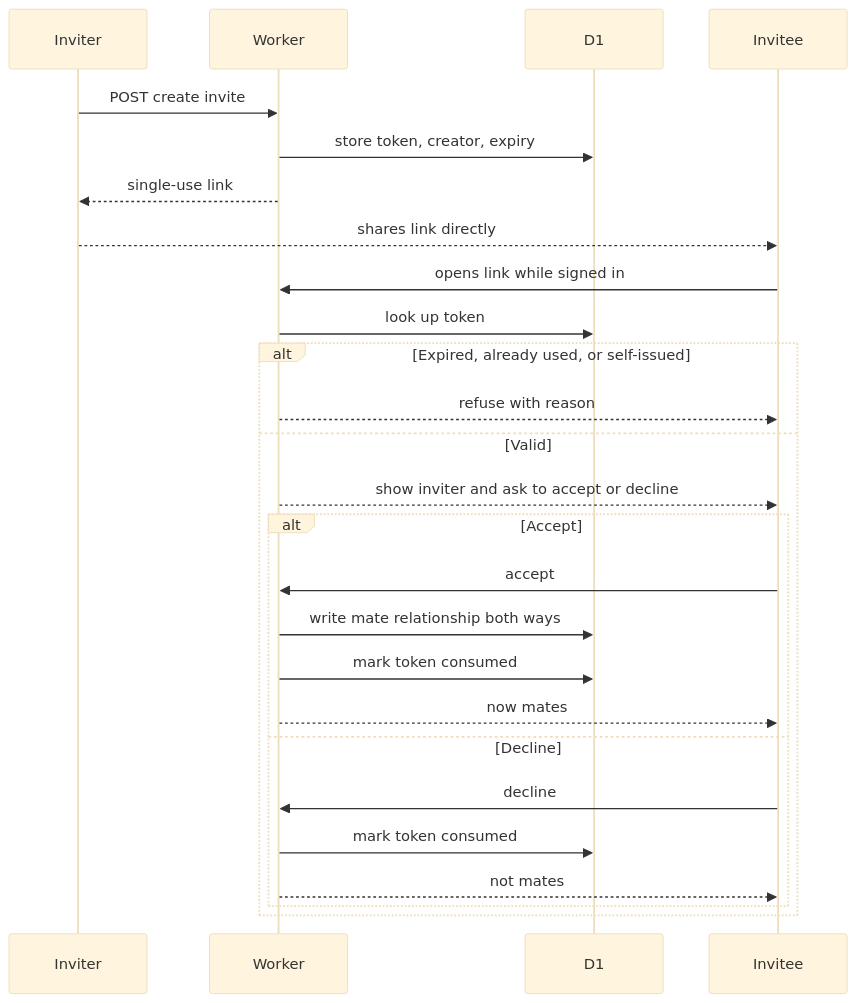
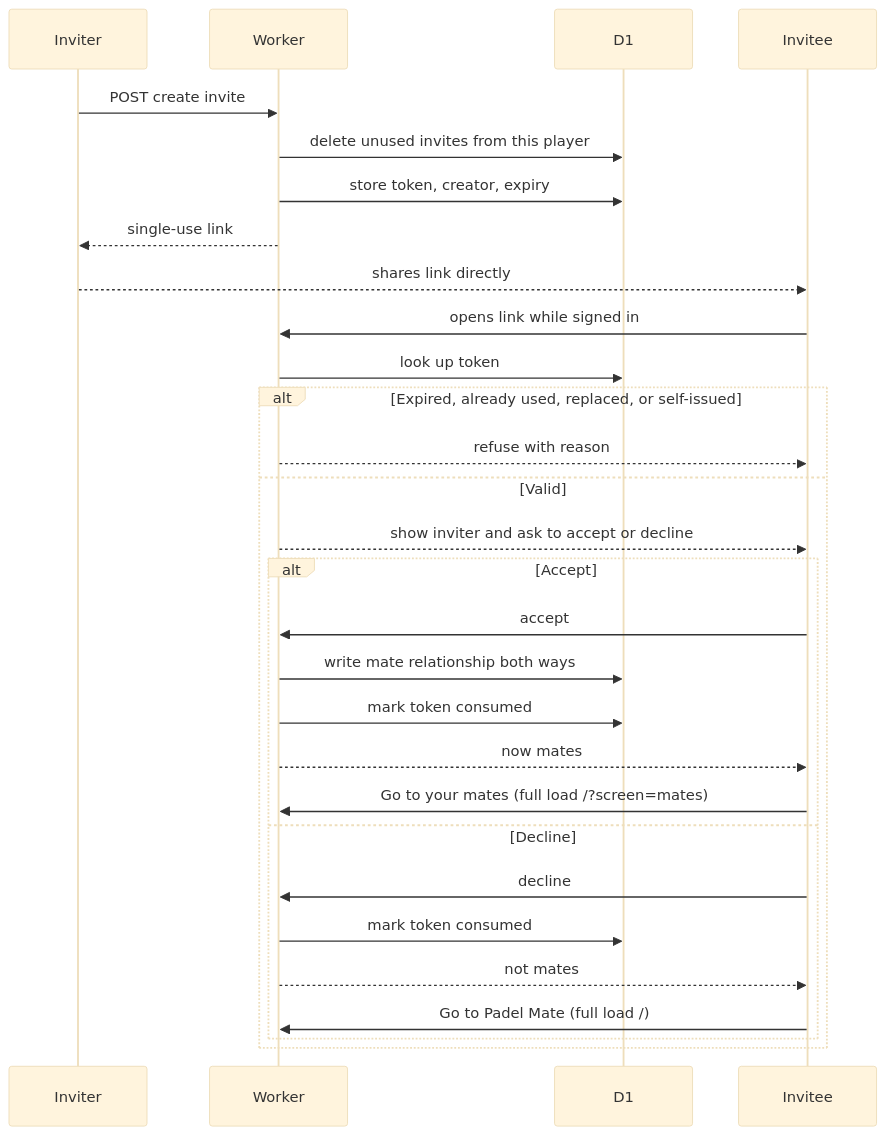
Before and after one commit to yogzis/Padel-Mate: the fourth of 24 diagrams in docs/04-project-diagrams.md, drawn with Mermaid (base theme). The commit also changed other lines of this file and 13 other files, not shown here.

````diff
--- a/docs/04-project-diagrams.md
+++ b/docs/04-project-diagrams.md
@@ -107,31 +107,34 @@
 ```mermaid
 sequenceDiagram
   participant A as Inviter
   participant W as Worker
   participant D1 as D1
   participant B as Invitee
 
   A->>W: POST create invite
+  W->>D1: delete unused invites from this player
   W->>D1: store token, creator, expiry
   W-->>A: single-use link
   A-->>B: shares link directly
 
   B->>W: opens link while signed in
   W->>D1: look up token
 
-  alt Expired, already used, or self-issued
+  alt Expired, already used, replaced, or self-issued
     W-->>B: refuse with reason
   else Valid
     W-->>B: show inviter and ask to accept or decline
     alt Accept
       B->>W: accept
       W->>D1: write mate relationship both ways
       W->>D1: mark token consumed
       W-->>B: now mates
+      B->>W: Go to your mates (full load /?screen=mates)
     else Decline
       B->>W: decline
       W->>D1: mark token consumed
       W-->>B: not mates
+      B->>W: Go to Padel Mate (full load /)
     end
   end
 ```
````
